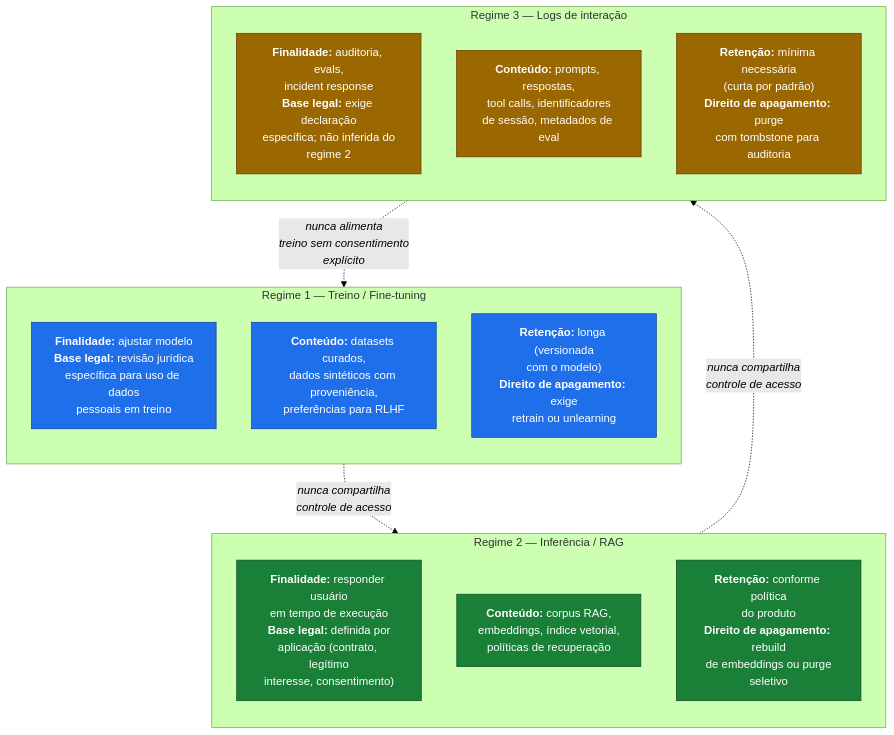
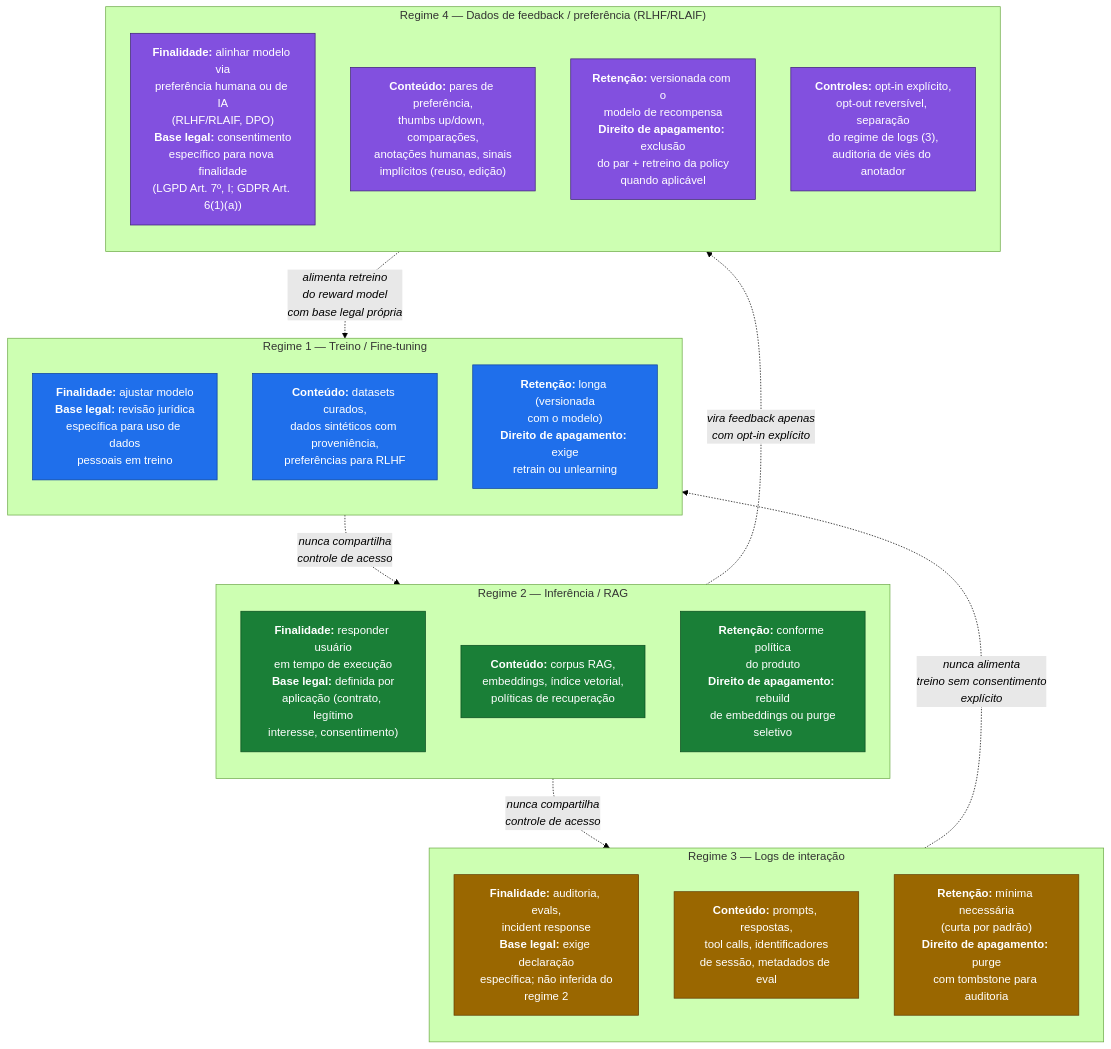
The first of 3 diagrams in diagramas/06-regimes-dados.md (EdneiMonteiro/ai-coe-playbook), drawn with Mermaid (forest theme) before and after one commit. The commit also changed 9 other files, not shown here.

First line of the commit message:
Address diagramas-referencias review 01 — patch v1 (P1..P10)

````diff
--- a/diagramas/06-regimes-dados.md
+++ b/diagramas/06-regimes-dados.md
@@ -7,32 +7,43 @@
 ```mermaid
 flowchart TB
     classDef train fill:#1f6feb,stroke:#0d419d,color:#fff
     classDef infer fill:#1a7f37,stroke:#0a4d20,color:#fff
     classDef log fill:#9a6700,stroke:#633c01,color:#fff
+    classDef feedback fill:#8250df,stroke:#3e1f79,color:#fff
     classDef control fill:#cf222e,stroke:#82071e,color:#fff
 
     subgraph TRAIN["Regime 1 — Treino / Fine-tuning"]
         direction TB
         T1["<b>Finalidade:</b> ajustar modelo<br/><b>Base legal:</b> revisão jurídica<br/>específica para uso de dados<br/>pessoais em treino"]:::train
         T2["<b>Conteúdo:</b> datasets curados,<br/>dados sintéticos com proveniência,<br/>preferências para RLHF"]:::train
         T3["<b>Retenção:</b> longa (versionada<br/>com o modelo)<br/><b>Direito de apagamento:</b> exige<br/>retrain ou unlearning"]:::train
     end
 
     subgraph INFER["Regime 2 — Inferência / RAG"]
         direction TB
         I1["<b>Finalidade:</b> responder usuário<br/>em tempo de execução<br/><b>Base legal:</b> definida por<br/>aplicação (contrato, legítimo<br/>interesse, consentimento)"]:::infer
         I2["<b>Conteúdo:</b> corpus RAG,<br/>embeddings, índice vetorial,<br/>políticas de recuperação"]:::infer
         I3["<b>Retenção:</b> conforme política<br/>do produto<br/><b>Direito de apagamento:</b> rebuild<br/>de embeddings ou purge<br/>seletivo"]:::infer
     end
 
     subgraph LOG["Regime 3 — Logs de interação"]
         direction TB
         L1["<b>Finalidade:</b> auditoria, evals,<br/>incident response<br/><b>Base legal:</b> exige declaração<br/>específica; não inferida do<br/>regime 2"]:::log
         L2["<b>Conteúdo:</b> prompts, respostas,<br/>tool calls, identificadores<br/>de sessão, metadados de eval"]:::log
         L3["<b>Retenção:</b> mínima necessária<br/>(curta por padrão)<br/><b>Direito de apagamento:</b> purge<br/>com tombstone para auditoria"]:::log
     end
 
+    subgraph FEEDBACK["Regime 4 — Dados de feedback / preferência (RLHF/RLAIF)"]
+        direction TB
+        F1["<b>Finalidade:</b> alinhar modelo via<br/>preferência humana ou de IA<br/>(RLHF/RLAIF, DPO)<br/><b>Base legal:</b> consentimento<br/>específico para nova finalidade<br/>(LGPD Art. 7º, I; GDPR Art. 6(1)(a))"]:::feedback
+        F2["<b>Conteúdo:</b> pares de preferência,<br/>thumbs up/down, comparações,<br/>anotações humanas, sinais<br/>implícitos (reuso, edição)"]:::feedback
+        F3["<b>Retenção:</b> versionada com o<br/>modelo de recompensa<br/><b>Direito de apagamento:</b> exclusão<br/>do par + retreino da policy<br/>quando aplicável"]:::feedback
+        F4["<b>Controles:</b> opt-in explícito,<br/>opt-out reversível, separação<br/>do regime de logs (3),<br/>auditoria de viés do anotador"]:::feedback
+    end
+
     TRAIN -.->|<i>nunca compartilha</i><br/><i>controle de acesso</i>| INFER
     INFER -.->|<i>nunca compartilha</i><br/><i>controle de acesso</i>| LOG
     LOG -.->|<i>nunca alimenta</i><br/><i>treino sem consentimento</i><br/><i>explícito</i>| TRAIN
+    INFER -.->|<i>vira feedback apenas</i><br/><i>com opt-in explícito</i>| FEEDBACK
+    FEEDBACK -.->|<i>alimenta retreino</i><br/><i>do reward model</i><br/><i>com base legal própria</i>| TRAIN
 ```
````
